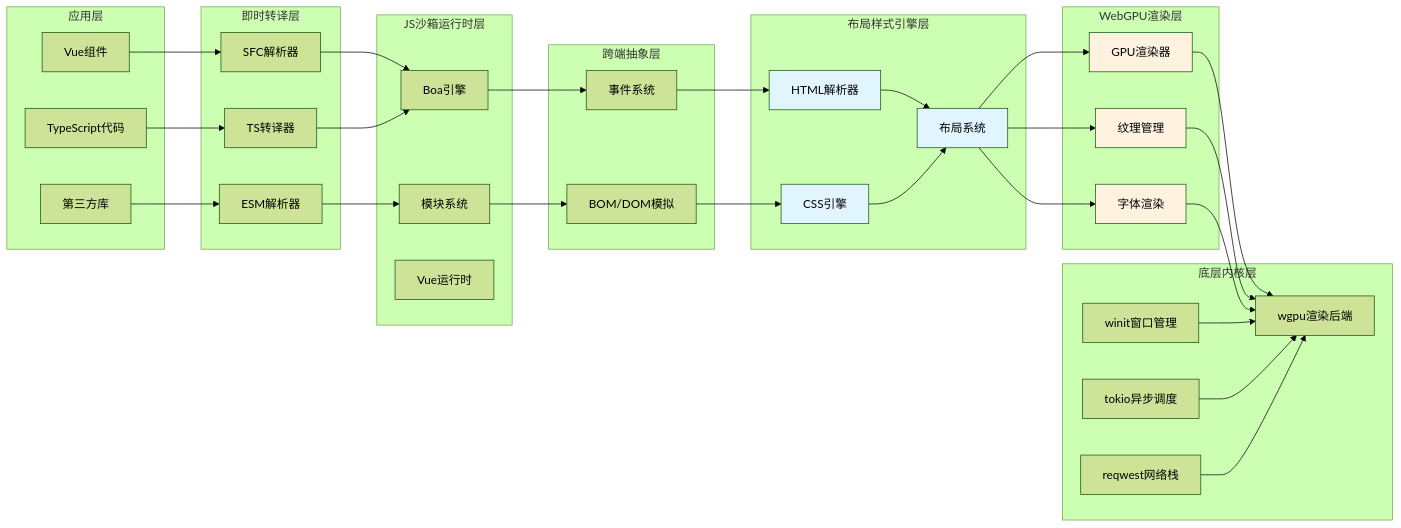
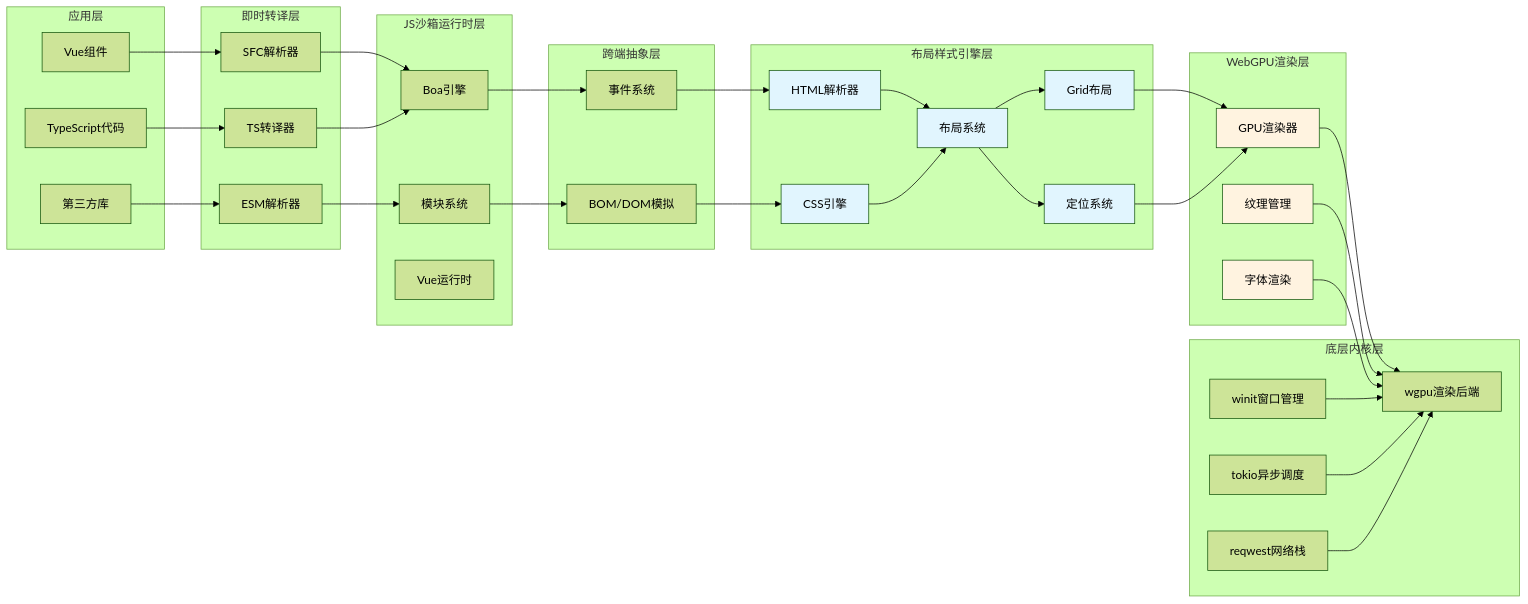
Before and after one commit to itszzl-sudo/iris: the second of 3 diagrams in .qoder/repowiki/zh/content/技术架构详解/整体架构设计/整体架构设计.md, drawn with Mermaid (forest theme). The commit also changed other lines of this file and 6 other files, not shown here.

````diff
--- a/.qoder/repowiki/zh/content/技术架构详解/整体架构设计/整体架构设计.md
+++ b/.qoder/repowiki/zh/content/技术架构详解/整体架构设计/整体架构设计.md
@@ -326,65 +346,70 @@
 ```mermaid
 graph LR
 subgraph "应用层"
 A1[Vue组件]
 A2[TypeScript代码]
 A3[第三方库]
 end
 subgraph "即时转译层"
 T1[SFC解析器]
 T2[TS转译器]
 T3[ESM解析器]
 end
 subgraph "JS沙箱运行时层"
 S1[Boa引擎]
 S2[模块系统]
 S3[Vue运行时]
 end
 subgraph "跨端抽象层"
 U1[事件系统]
 U2[BOM/DOM模拟]
 end
 subgraph "布局样式引擎层"
 L1[HTML解析器]
 L2[CSS引擎]
 L3[布局系统]
+L4[Grid布局]
+L5[定位系统]
 end
 subgraph "WebGPU渲染层"
 R1[GPU渲染器]
 R2[纹理管理]
 R3[字体渲染]
 end
 subgraph "底层内核层"
 K1[winit窗口管理]
 K2[wgpu渲染后端]
 K3[tokio异步调度]
 K4[reqwest网络栈]
 end
 A1 --> T1
 A2 --> T2
 A3 --> T3
 T1 --> S1
 T2 --> S1
 T3 --> S2
 S1 --> U1
 S2 --> U2
 U1 --> L1
 U2 --> L2
 L1 --> L3
 L2 --> L3
-L3 --> R1
-L3 --> R2
-L3 --> R3
+L3 --> L4
+L3 --> L5
+L4 --> R1
+L5 --> R1
 R1 --> K2
 R2 --> K2
 R3 --> K2
 K1 --> K2
 K3 --> K2
 K4 --> K2
 style L1 fill:#e1f5fe
 style L2 fill:#e1f5fe
 style L3 fill:#e1f5fe
+style L4 fill:#e1f5fe
+style L5 fill:#e1f5fe
 style R1 fill:#fff3e0
 style R2 fill:#fff3e0
 style R3 fill:#fff3e0
 ```
````
